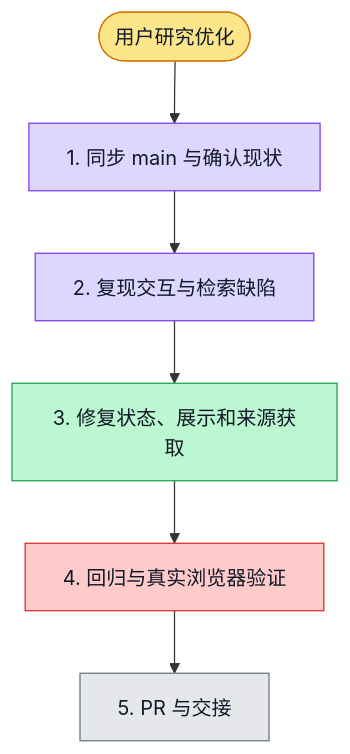
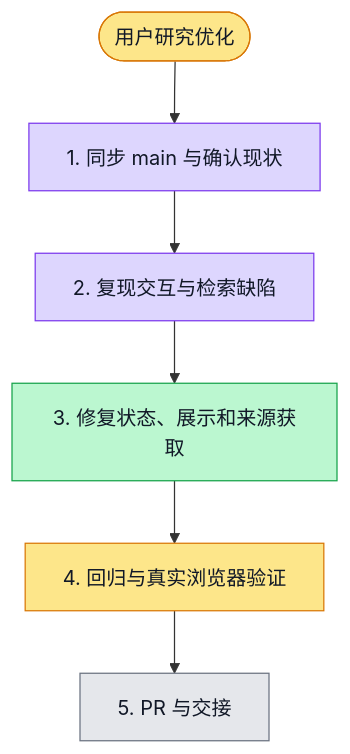
One commit to boardx/workspacex changed the diagram in docs/evidence/research-4897/progress.md. Above: the diagram before and after it, drawn with Mermaid. The commit also changed other lines of this file and 7 other files, not shown here.

````diff
--- a/docs/evidence/research-4897/progress.md
+++ b/docs/evidence/research-4897/progress.md
@@ -17,27 +17,26 @@
 ```mermaid
 flowchart TD
   G([用户研究优化])
   S1[1. 同步 main 与确认现状]
   S2[2. 复现交互与检索缺陷]
   S3[3. 修复状态、展示和来源获取]
   S4[4. 回归与真实浏览器验证]
   S5[5. PR 与交接]
 
   G --> S1 --> S2 --> S3 --> S4 --> S5
 
   classDef todo fill:#e5e7eb,stroke:#6b7280,color:#111827
   classDef doing fill:#fde68a,stroke:#d97706,color:#111827
   classDef done fill:#bbf7d0,stroke:#16a34a,color:#111827
   classDef tested fill:#ddd6fe,stroke:#7c3aed,color:#111827
   classDef blocked fill:#fecaca,stroke:#dc2626,color:#111827
 
   class G doing
   class S1 tested
   %% evidence S1: fetch main 与 init.sh 已通过
   class S2 tested
   %% evidence S2: UI/检索回归已先失败后通过
   class S3 done
-  class S4 blocked
-  %% blocked S4: 官方 seeded 冷构建启动超过600秒，用例未运行；开发服务复测因每核负载超过15停止排队。
+  class S4 doing
   class S5 todo
 ```
````
